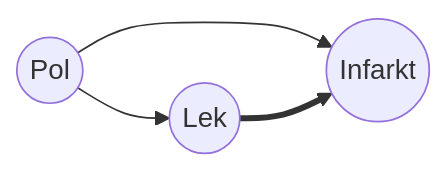
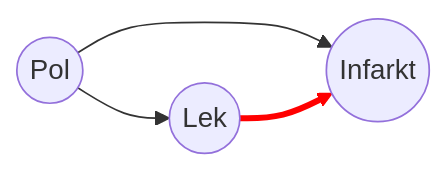
Before and after one commit to nikola-grubor/nikola-grubor.github.io: the first of 5 diagrams in myblog/posts/sr/kauzalno-zakljucivanje/index.qmd, drawn with Mermaid. The commit also changed other lines of this file and 13 other files, not shown here.

````diff
--- a/myblog/posts/sr/kauzalno-zakljucivanje/index.qmd
+++ b/myblog/posts/sr/kauzalno-zakljucivanje/index.qmd
@@ -197,9 +196,10 @@
 ```{mermaid}
 %%| label: fig-backdoor
-%%| fig-cap: "Something."
+%%| fig-cap: "Kauzalni dijagram uticaja `Pola` na `Lek` i `Infakrt`. `Pol` je u ovom slučaju konfaunder pošto nas zanima kauzalni efekat `Leka` na `Infarkt`"
 
 flowchart LR
   Z((Pol)) --> X & Y
   X((Lek)) ==> Y((Infarkt))
+  linkStyle 2 stroke:red
   
 ```
````
